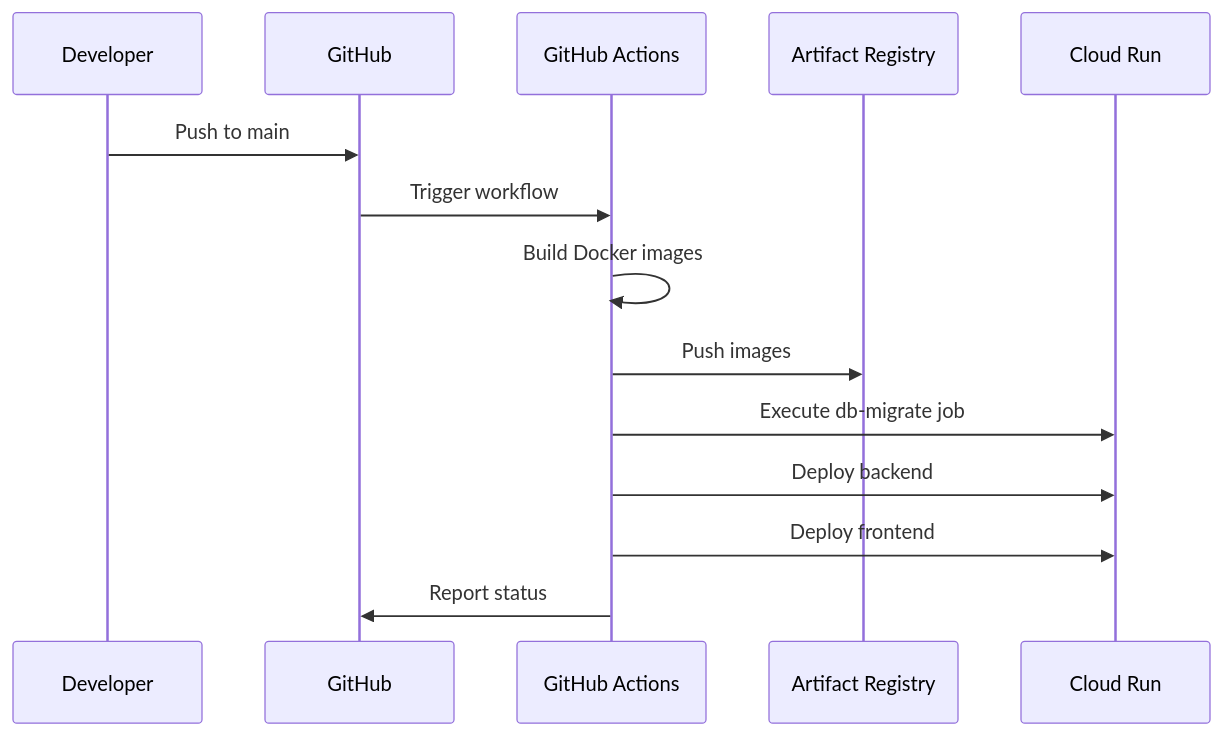
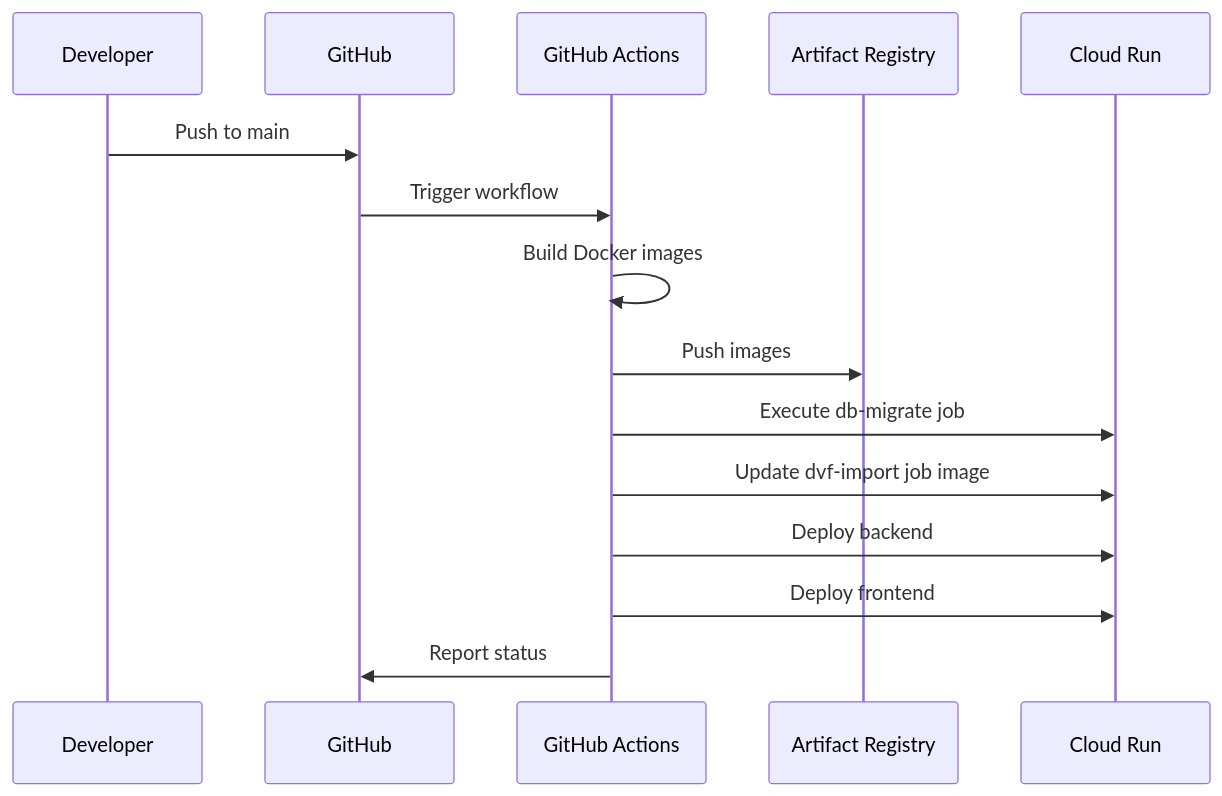
One commit to benjamin-karaoglan/AppArtAgent changed the eighth of 9 diagrams in docs/deployment/gcp.md. Above: the diagram before and after it, drawn with Mermaid. The commit also changed other lines of this file and 14 other files, not shown here.

First line of the commit message:
docs: update documentation for geolocalized DVF and new architecture

````diff
--- a/docs/deployment/gcp.md
+++ b/docs/deployment/gcp.md
@@ -717,17 +760,18 @@
 ```mermaid
 sequenceDiagram
     participant Dev as Developer
     participant GH as GitHub
     participant GA as GitHub Actions
     participant AR as Artifact Registry
     participant CR as Cloud Run
 
     Dev->>GH: Push to main
     GH->>GA: Trigger workflow
     GA->>GA: Build Docker images
     GA->>AR: Push images
     GA->>CR: Execute db-migrate job
+    GA->>CR: Update dvf-import job image
     GA->>CR: Deploy backend
     GA->>CR: Deploy frontend
     GA->>GH: Report status
 ```
````
